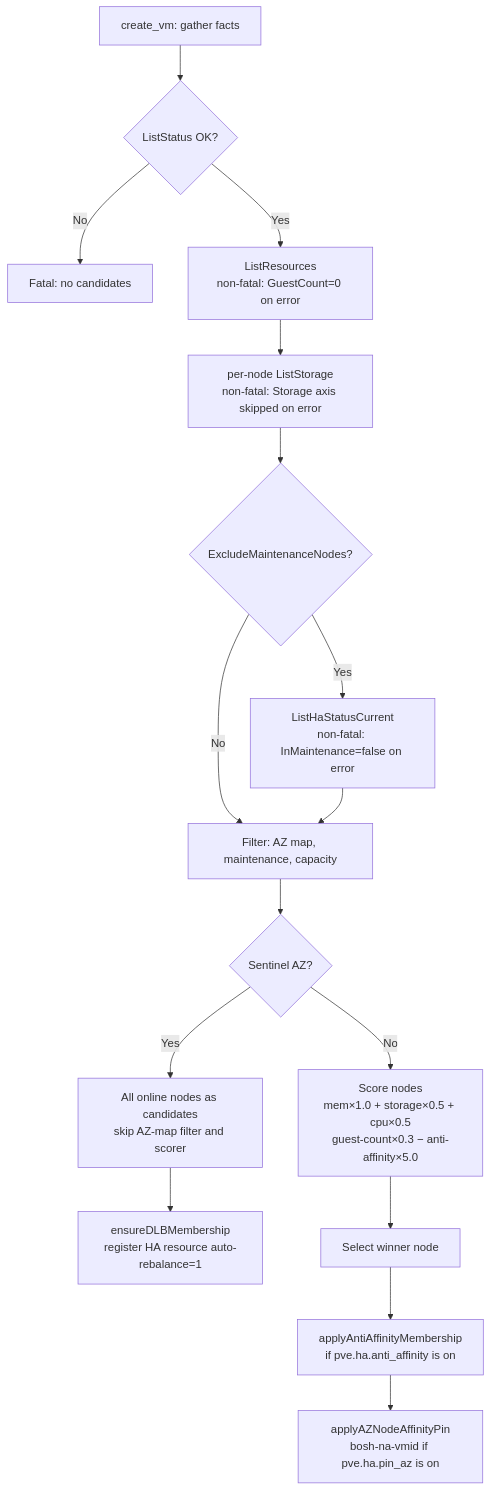
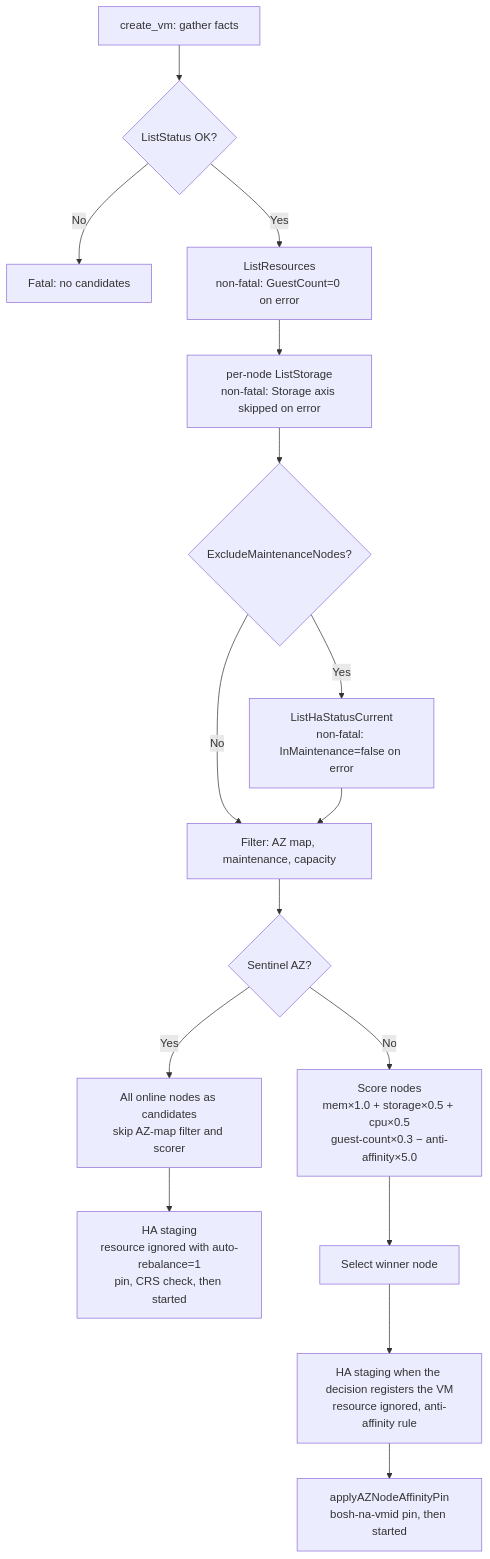
Before and after one commit to fivetwenty-io/bosh-proxmox-cpi-release: the diagram in docs/dlb-aware-placement.md, drawn with Mermaid. The commit also changed other lines of this file and 31 other files, not shown here.

````diff
--- a/docs/dlb-aware-placement.md
+++ b/docs/dlb-aware-placement.md
@@ -184,18 +184,18 @@
 ```mermaid
 flowchart TD
     A[create_vm: gather facts] --> B{ListStatus OK?}
     B -- No --> FATAL[Fatal: no candidates]
     B -- Yes --> C[ListResources\nnon-fatal: GuestCount=0 on error]
     C --> D[per-node ListStorage\nnon-fatal: Storage axis skipped on error]
     D --> E{ExcludeMaintenanceNodes?}
     E -- Yes --> F[ListHaStatusCurrent\nnon-fatal: InMaintenance=false on error]
     E -- No --> G
     F --> G[Filter: AZ map, maintenance, capacity]
     G --> H{Sentinel AZ?}
     H -- Yes --> I[All online nodes as candidates\nskip AZ-map filter and scorer]
-    I --> J[ensureDLBMembership\nregister HA resource auto-rebalance=1]
+    I --> J[HA staging\nresource ignored with auto-rebalance=1\npin, CRS check, then started]
     H -- No --> K[Score nodes\nmem×1.0 + storage×0.5 + cpu×0.5\nguest-count×0.3 − anti-affinity×5.0]
     K --> L[Select winner node]
-    L --> M[applyAntiAffinityMembership\nif pve.ha.anti_affinity is on]
-    M --> N[applyAZNodeAffinityPin\nbosh-na-vmid if pve.ha.pin_az is on]
+    L --> M[HA staging when the decision registers the VM\nresource ignored, anti-affinity rule]
+    M --> N[applyAZNodeAffinityPin\nbosh-na-vmid pin, then started]
 ```
````
